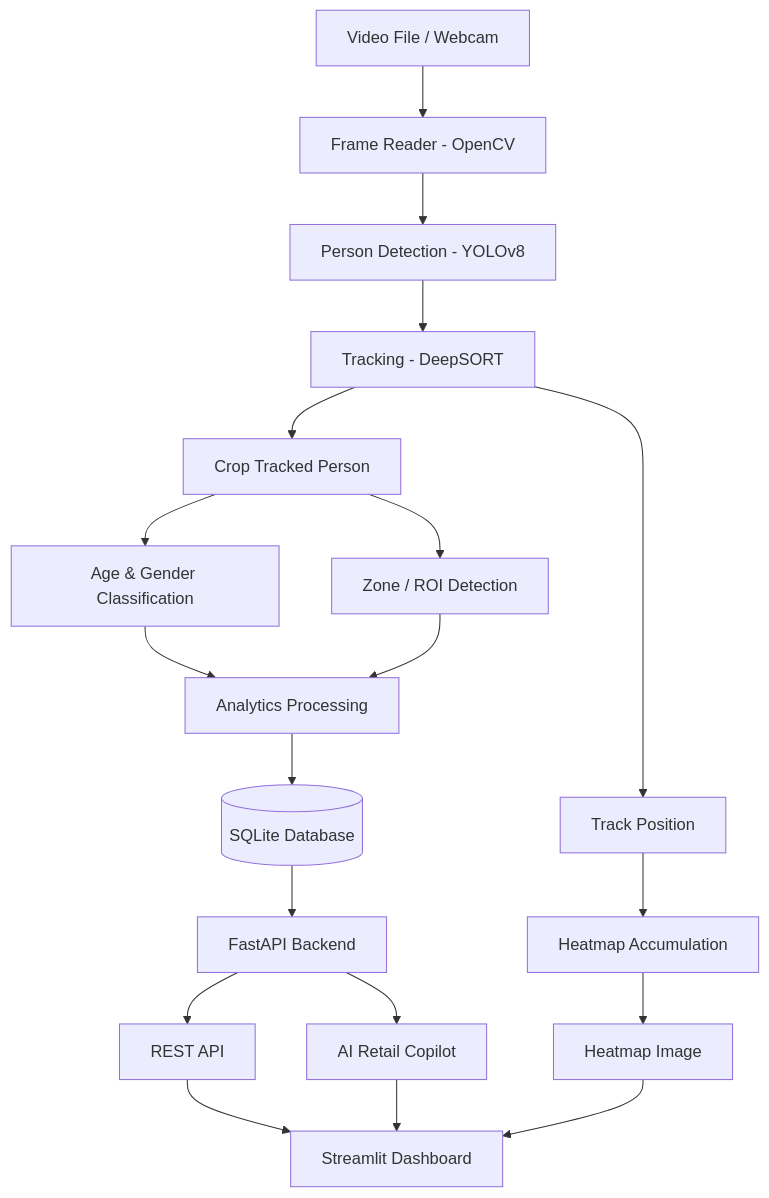
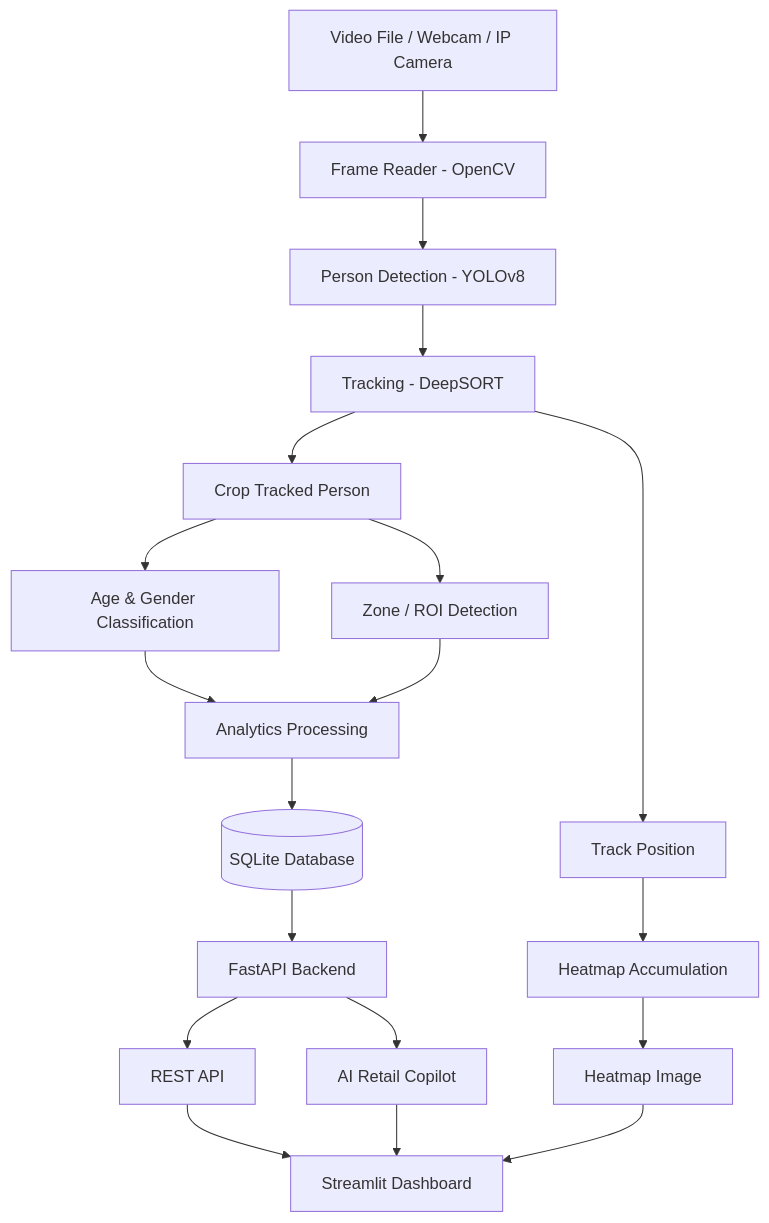
Before and after one commit to suryanshvaish1/Retail-intelligence-system: the diagram in README.md, drawn with Mermaid. The commit also changed other lines of this file, not shown here.

````diff
--- a/README.md
+++ b/README.md
@@ -31,33 +33,26 @@
 ```mermaid
 flowchart TD
-    A[Video File / Webcam] --> B[Frame Reader - OpenCV]
+    A[Video File / Webcam / IP Camera] --> B[Frame Reader - OpenCV]
     B --> C[Person Detection - YOLOv8]
     C --> D[Tracking - DeepSORT]
 
-    %% AI Pipeline
     D --> E[Crop Tracked Person]
     E --> F[Age & Gender Classification]
     E --> G[Zone / ROI Detection]
 
     F --> H[Analytics Processing]
     G --> H
-
     H --> I[(SQLite Database)]
 
-    %% Heatmap Pipeline
     D --> J[Track Position]
     J --> K[Heatmap Accumulation]
     K --> L[Heatmap Image]
 
-    %% Backend
     I --> M[FastAPI Backend]
     M --> N[REST API]
-
-    %% Dashboard
     N --> O[Streamlit Dashboard]
     L --> O
 
-    %% AI Copilot
     M --> P[AI Retail Copilot]
     P --> O
 ```
````
